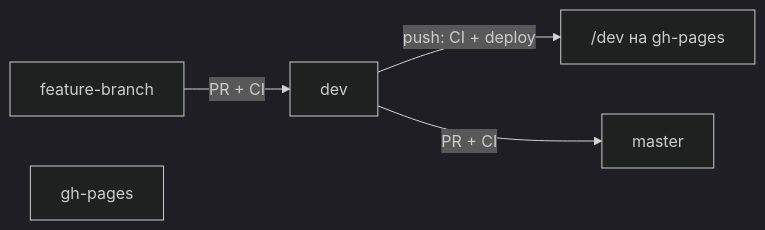
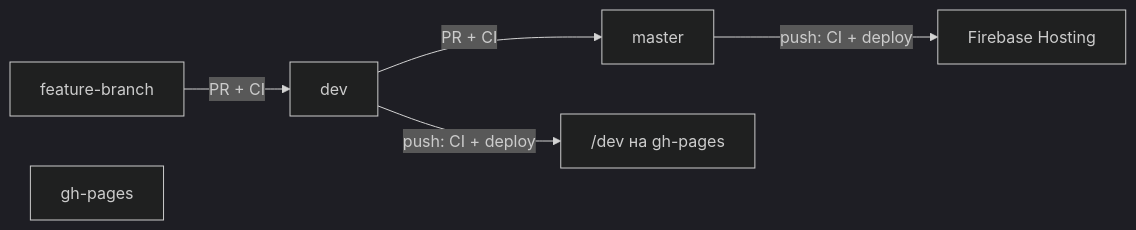
The diagram in Bible.md (wrincied/tutor-app), drawn with Mermaid (dark theme) before and after one commit. The commit also changed other lines of this file and 4 other files, not shown here.

First line of the commit message:
feat(ci): deploy Firebase Hosting from master

````diff
--- a/Bible.md
+++ b/Bible.md
@@ -27,11 +27,13 @@
 ```mermaid
 flowchart LR
   Feature[feature-branch]
   Dev[dev]
   Master[master]
   GhPages[gh-pages]
+  Firebase[Firebase Hosting]
 
   Feature -->|PR + CI| Dev
   Dev -->|push: CI + deploy| GhPagesDev["/dev на gh-pages"]
   Dev -->|PR + CI| Master
+  Master -->|push: CI + deploy| Firebase
 ```
````
